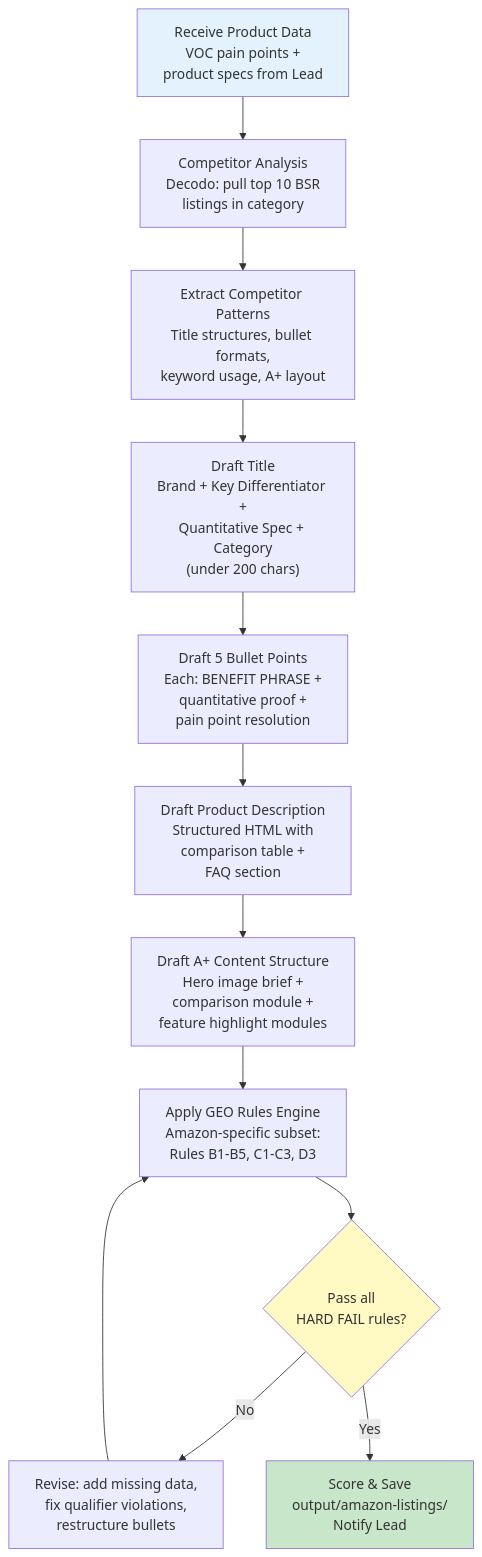
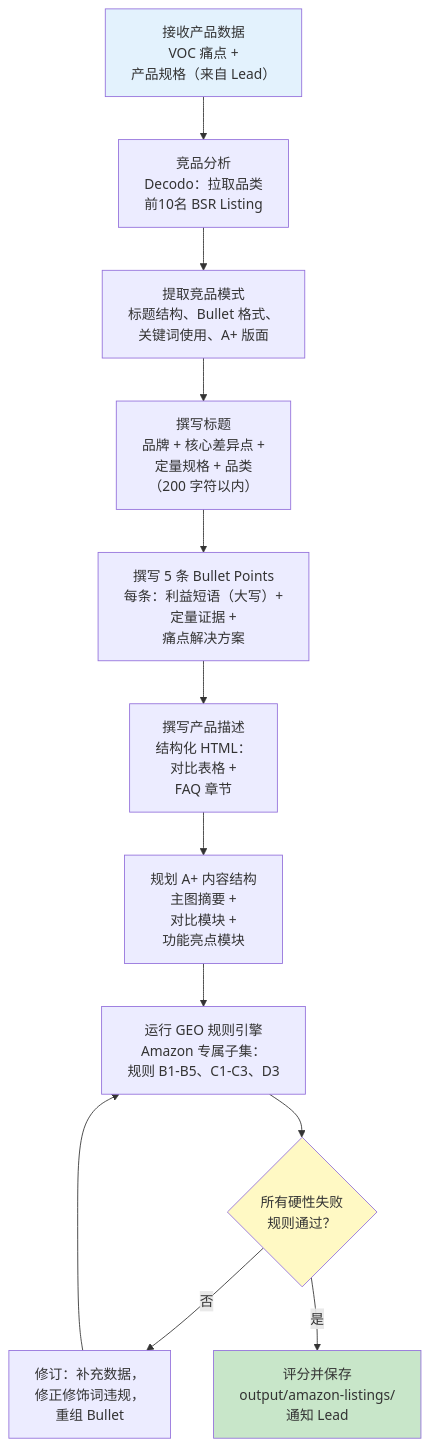
The second of 4 diagrams in plans/PLAN-geo-optimizer.md (chan-kinghin/e-commerce-claw), drawn with Mermaid before and after one commit. The commit also changed other lines of this file and 55 other files, not shown here.

````diff
--- a/plans/PLAN-geo-optimizer.md
+++ b/plans/PLAN-geo-optimizer.md
@@ -322,27 +322,27 @@
 ```mermaid
 graph TD
-    A["Receive Product Data<br/>VOC pain points +<br/>product specs from Lead"] --> B["Competitor Analysis<br/>Decodo: pull top 10 BSR<br/>listings in category"]
+    A["接收产品数据<br/>VOC 痛点 +<br/>产品规格（来自 Lead）"] --> B["竞品分析<br/>Decodo：拉取品类<br/>前10名 BSR Listing"]
 
-    B --> C["Extract Competitor Patterns<br/>Title structures, bullet formats,<br/>keyword usage, A+ layout"]
+    B --> C["提取竞品模式<br/>标题结构、Bullet 格式、<br/>关键词使用、A+ 版面"]
 
-    C --> D["Draft Title<br/>Brand + Key Differentiator +<br/>Quantitative Spec + Category<br/>(under 200 chars)"]
+    C --> D["撰写标题<br/>品牌 + 核心差异点 +<br/>定量规格 + 品类<br/>（200 字符以内）"]
 
-    D --> E["Draft 5 Bullet Points<br/>Each: BENEFIT PHRASE +<br/>quantitative proof +<br/>pain point resolution"]
+    D --> E["撰写 5 条 Bullet Points<br/>每条：利益短语（大写）+<br/>定量证据 +<br/>痛点解决方案"]
 
-    E --> F["Draft Product Description<br/>Structured HTML with<br/>comparison table +<br/>FAQ section"]
+    E --> F["撰写产品描述<br/>结构化 HTML：<br/>对比表格 +<br/>FAQ 章节"]
 
-    F --> G["Draft A+ Content Structure<br/>Hero image brief +<br/>comparison module +<br/>feature highlight modules"]
+    F --> G["规划 A+ 内容结构<br/>主图摘要 +<br/>对比模块 +<br/>功能亮点模块"]
 
-    G --> H["Apply GEO Rules Engine<br/>Amazon-specific subset:<br/>Rules B1-B5, C1-C3, D3"]
+    G --> H["运行 GEO 规则引擎<br/>Amazon 专属子集：<br/>规则 B1-B5、C1-C3、D3"]
 
-    H --> I{Pass all<br/>HARD FAIL rules?}
+    H --> I{所有硬性失败<br/>规则通过？}
 
-    I -->|No| J["Revise: add missing data,<br/>fix qualifier violations,<br/>restructure bullets"]
+    I -->|否| J["修订：补充数据，<br/>修正修饰词违规，<br/>重组 Bullet"]
     J --> H
 
-    I -->|Yes| K["Score & Save<br/>output/amazon-listings/<br/>Notify Lead"]
+    I -->|是| K["评分并保存<br/>output/amazon-listings/<br/>通知 Lead"]
 
     style A fill:#E3F2FD
     style K fill:#C8E6C9
     style I fill:#FFF9C4
 ```
````
